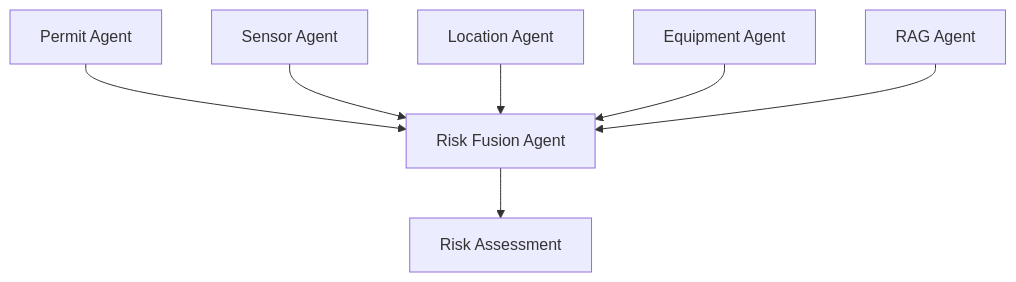
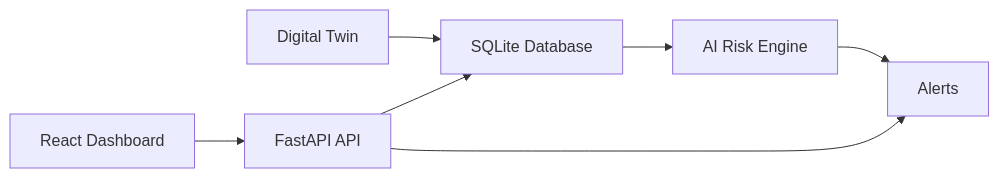
The second of 3 diagrams in README.md (ashcodes28/PermitGhost), drawn with Mermaid before and after one commit. The commit also changed other lines of this file, not shown here.

````diff
--- a/README.md
+++ b/README.md
@@ -116,21 +160,26 @@
 ```mermaid
-flowchart TD
+flowchart LR
 
-P[Permit Agent]
+A[Digital Twin]
 
-S[Sensor Agent]
+B[SQLite Database]
 
-L[Location Agent]
+C[AI Risk Engine]
 
-E[Equipment Agent]
+D[Alerts]
 
-R[RAG Agent]
+E[FastAPI API]
 
-P --> F[Risk Fusion Agent]
-S --> F
-L --> F
-E --> F
-R --> F
+F[React Dashboard]
 
-F --> O[Risk Assessment]
+A --> B
+
+B --> C
+
+C --> D
+
+E --> B
+E --> D
+
+F --> E
 ```
````
